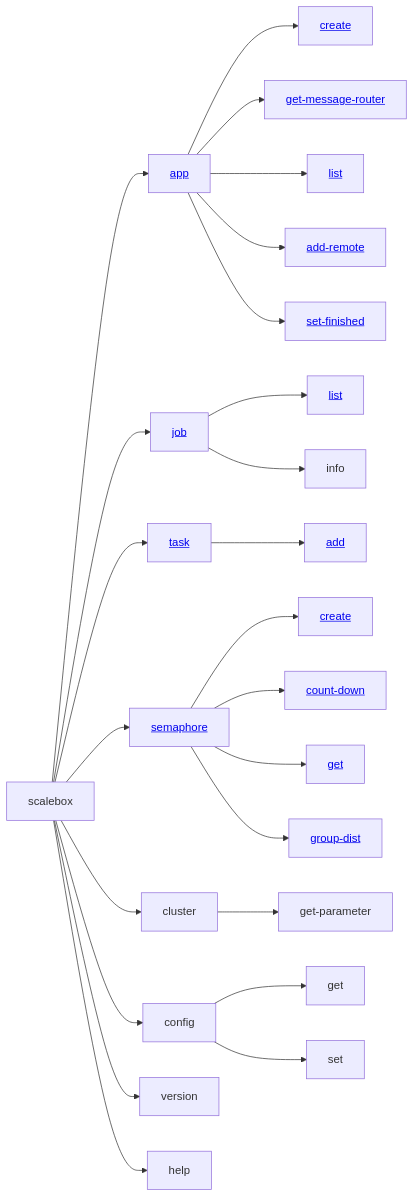
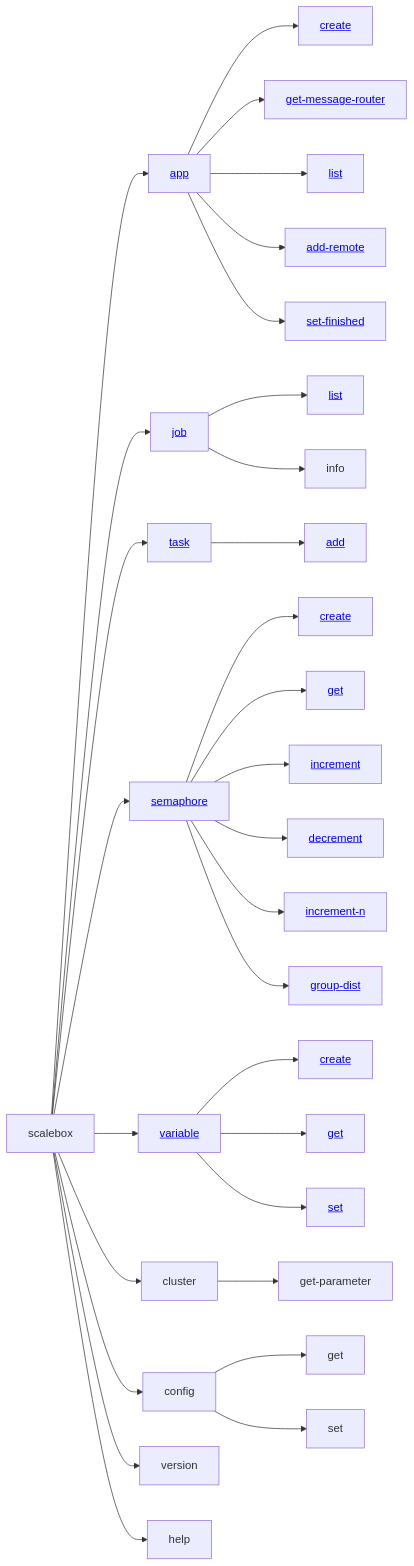
One commit to kaichao/scalebox changed the diagram in docs/zh_CN/source/appendix/cmdline.md. Above: the diagram before and after it, drawn with Mermaid. The commit also changed other lines of this file and 7 other files, not shown here.

````diff
--- a/docs/zh_CN/source/appendix/cmdline.md
+++ b/docs/zh_CN/source/appendix/cmdline.md
@@ -14,35 +14,42 @@
 ```{mermaid}
 
 graph LR
   scalebox --> app[<a href="#app">app</a>]
   app --> app-create[<a href="#app-create">create</a>]
   app --> get-message-router[<a href="#app-get-message-router">get-message-router</a>]
   app --> app-list[<a href="#app-list">list</a>]
   app --> app-add-remote[<a href="#app-add-remote">add-remote</a>]
   app --> app-set-finished[<a href="#app-set-finished">set-finished</a>]
 
   scalebox --> job[<a href="#job">job</a>]
   job --> job-list[<a href="#job-list">list</a>]
   job --> job-info[info]
 
   scalebox --> task[<a href="#task">task</a>]
   task --> task-add[<a href="#task-add">add</a>]
 
   scalebox --> semaphore[<a href="#semaphore">semaphore</a>]
   semaphore --> sema-create[<a href="#semaphore-create">create</a>]
-  semaphore --> count-down[<a href="#semaphore-count-down">count-down</a>]
   semaphore --> semaphore-get[<a href="#semaphore-get">get</a>]
+  semaphore --> increment[<a href="#semaphore-increment">increment</a>]
+  semaphore --> decrement[<a href="#semaphore-decrement">decrement</a>]
+  semaphore --> increment-n[<a href="#semaphore-increment">increment-n</a>]
   semaphore --> semaphore-group-dist[<a href="#semaphore-group-dist">group-dist</a>]
+
+  scalebox --> variable[<a href="#variable">variable</a>]
+  variable --> variable-create[<a href="#variable-create">create</a>]
+  variable --> variable-get[<a href="#variable-get">get</a>]
+  variable --> variable-set[<a href="#variable-set">set</a>]
 
   scalebox --> cluster
   cluster --> get-parameter
 
   scalebox --> config
   config --> config-get[get]
   config --> config-set[set]  
 
   scalebox --> version
 
   scalebox --> help
 
 ```
````
